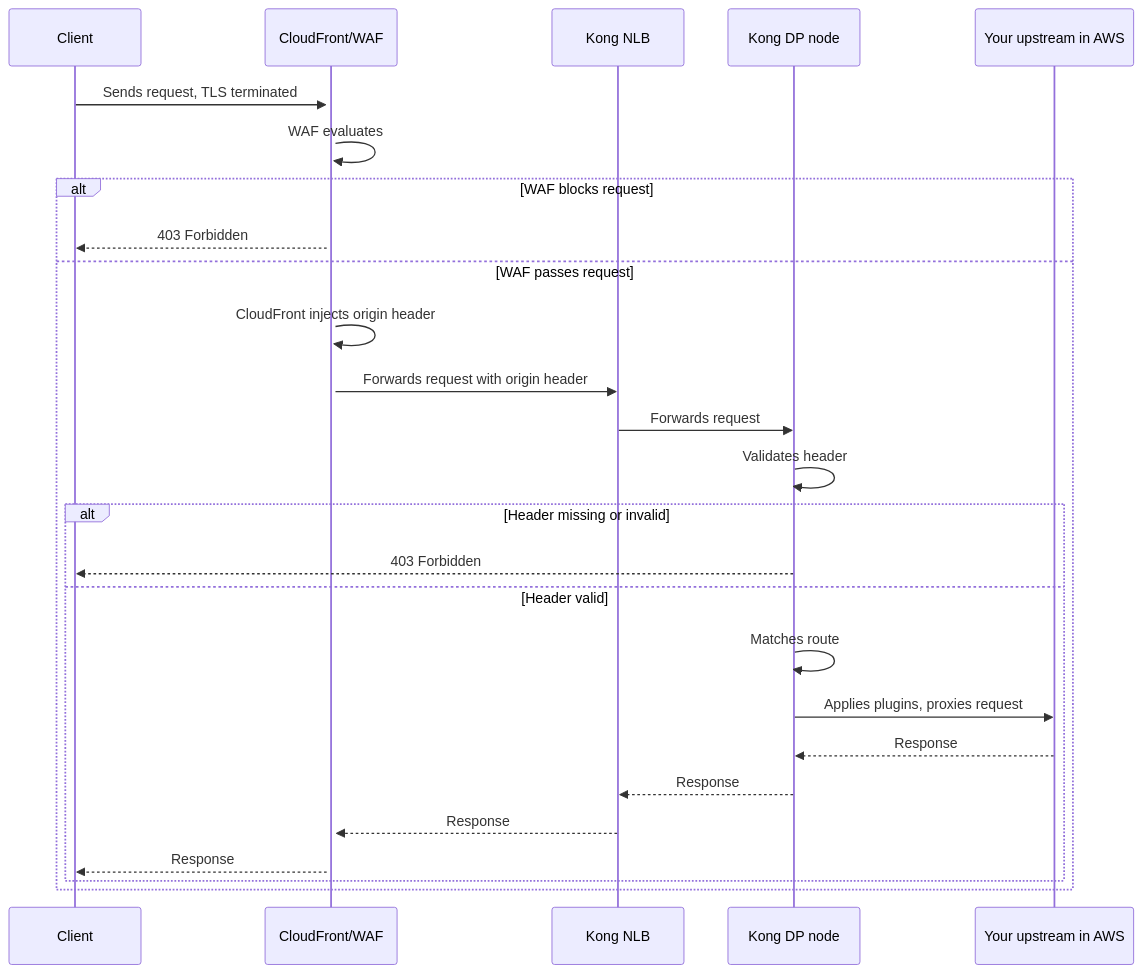
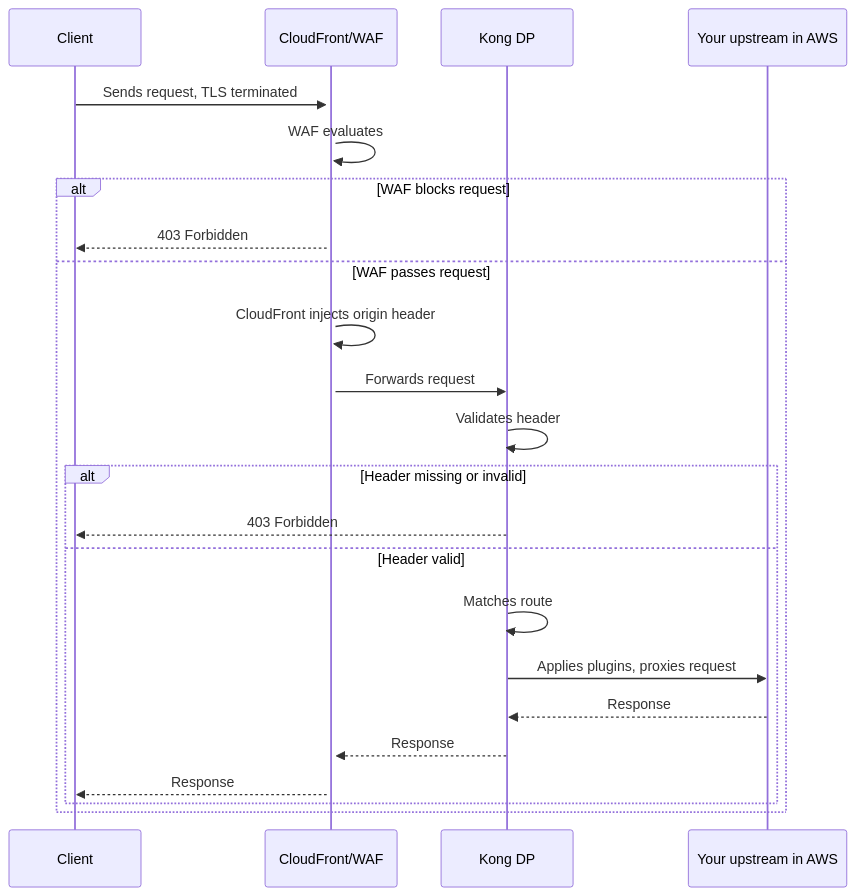
Before and after one commit to Kong/developer.konghq.com: the second of 2 diagrams in app/dedicated-cloud-gateways/public-network.md, drawn with Mermaid. The commit also changed other lines of this file and 1 other file, not shown here.

Commit message:
remove mentions of nlb and k8s infra

```diff
--- a/app/dedicated-cloud-gateways/public-network.md
+++ b/app/dedicated-cloud-gateways/public-network.md
@@ -167,25 +159,23 @@
 {% mermaid %}
 sequenceDiagram
     Client->>+CloudFront/WAF: Sends request, TLS terminated
     CloudFront/WAF->>CloudFront/WAF: WAF evaluates
 
     alt WAF blocks request
         CloudFront/WAF-->>Client: 403 Forbidden
     else WAF passes request
         CloudFront/WAF->>CloudFront/WAF: CloudFront injects origin header
-        CloudFront/WAF->>Kong NLB: Forwards request with origin header
-        Kong NLB->>Kong DP node: Forwards request
-        Kong DP node->>Kong DP node: Validates header
+        CloudFront/WAF->>Kong DP: Forwards request
+        Kong DP->>Kong DP: Validates header
 
         alt Header missing or invalid
-            Kong DP node-->>Client: 403 Forbidden
+            Kong DP-->>Client: 403 Forbidden
         else Header valid
-            Kong DP node->>Kong DP node: Matches route
-            Kong DP node->>Your upstream in AWS: Applies plugins, proxies request
-            Your upstream in AWS-->>Kong DP node: Response
-            Kong DP node-->>Kong NLB: Response
-            Kong NLB-->>CloudFront/WAF: Response
+            Kong DP->>Kong DP: Matches route
+            Kong DP->>Your upstream in AWS: Applies plugins, proxies request
+            Your upstream in AWS-->>Kong DP: Response
+            Kong DP-->>CloudFront/WAF: Response
             CloudFront/WAF-->>Client: Response
         end
     end
 {% endmermaid %}
```
